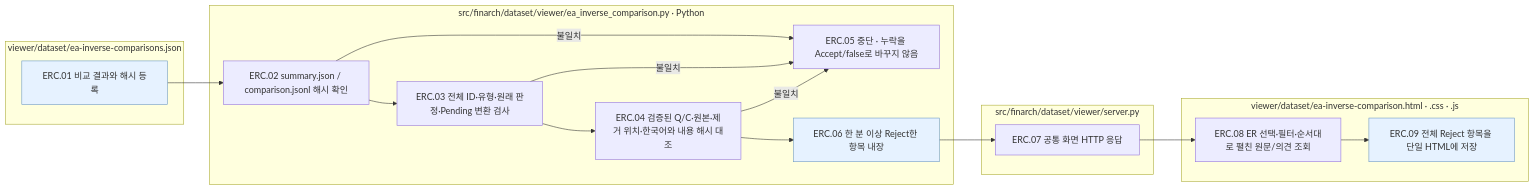
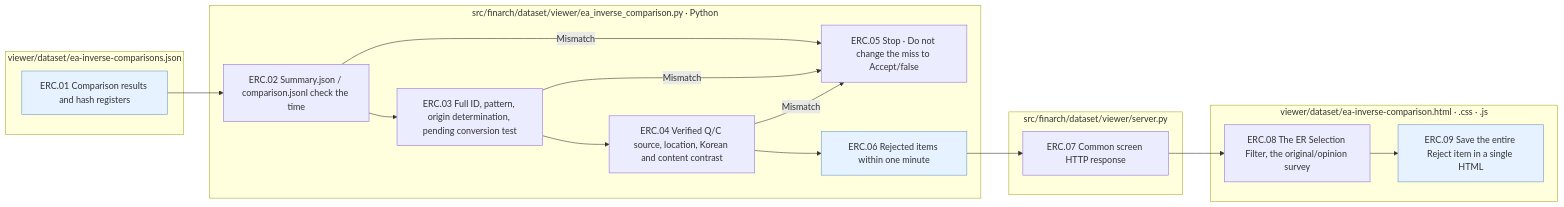
One commit to pnu-clink/finject changed the fifth of 5 diagrams in src/finarch/documentation/templates/stages/01-dataset/02-generation/03-validation/README.md. Above: the diagram before and after it, drawn with Mermaid. The commit also changed other lines of this file and 644 other files, not shown here.

````diff
--- a/src/finarch/documentation/templates/stages/01-dataset/02-generation/03-validation/README.md
+++ b/src/finarch/documentation/templates/stages/01-dataset/02-generation/03-validation/README.md
@@ -197,24 +197,24 @@
 ```mermaid
 flowchart LR
  subgraph R["viewer/dataset/ea-inverse-comparisons.json"]
-  ERC01["ERC.01 비교 결과와 해시 등록"]
+  ERC01["ERC.01 Comparison results and hash registers"]
  end
  subgraph P["src/finarch/dataset/viewer/ea_inverse_comparison.py · Python"]
-  ERC01 --> ERC02["ERC.02 summary.json / comparison.jsonl 해시 확인"]
-  ERC02 --> ERC03["ERC.03 전체 ID·유형·원래 판정·Pending 변환 검사"]
-  ERC03 --> ERC04["ERC.04 검증된 Q/C·원본·제거 위치·한국어와 내용 해시 대조"]
-  ERC02 -->|불일치| ERCERR["ERC.05 중단 · 누락을 Accept/false로 바꾸지 않음"]
-  ERC03 -->|불일치| ERCERR
-  ERC04 -->|불일치| ERCERR
-  ERC04 --> ERC06["ERC.06 한 분 이상 Reject한 항목 내장"]
+  ERC01 --> ERC02["ERC.02 Summary.json / comparison.jsonl check the time"]
+  ERC02 --> ERC03["ERC.03 Full ID, pattern, origin determination, pending conversion test"]
+  ERC03 --> ERC04["ERC.04 Verified Q/C source, location, Korean and content contrast"]
+  ERC02 -->|Mismatch| ERCERR["ERC.05 Stop · Do not change the miss to Accept/false"]
+  ERC03 -->|Mismatch| ERCERR
+  ERC04 -->|Mismatch| ERCERR
+  ERC04 --> ERC06["ERC.06 Rejected items within one minute"]
  end
  subgraph S["src/finarch/dataset/viewer/server.py"]
-  ERC06 --> ERC07["ERC.07 공통 화면 HTTP 응답"]
+  ERC06 --> ERC07["ERC.07 Common screen HTTP response"]
  end
  subgraph U["viewer/dataset/ea-inverse-comparison.html · .css · .js"]
-  ERC07 --> ERC08["ERC.08 ER 선택·필터·순서대로 펼친 원문/의견 조회"]
-  ERC08 --> ERC09["ERC.09 전체 Reject 항목을 단일 HTML에 저장"]
+  ERC07 --> ERC08["ERC.08 The ER Selection Filter, the original/opinion survey"]
+  ERC08 --> ERC09["ERC.09 Save the entire Reject item in a single HTML"]
  end
  classDef file fill:#e6f2ff,stroke:#6a97c2
  class ERC01,ERC06,ERC09 file
 ```
````
